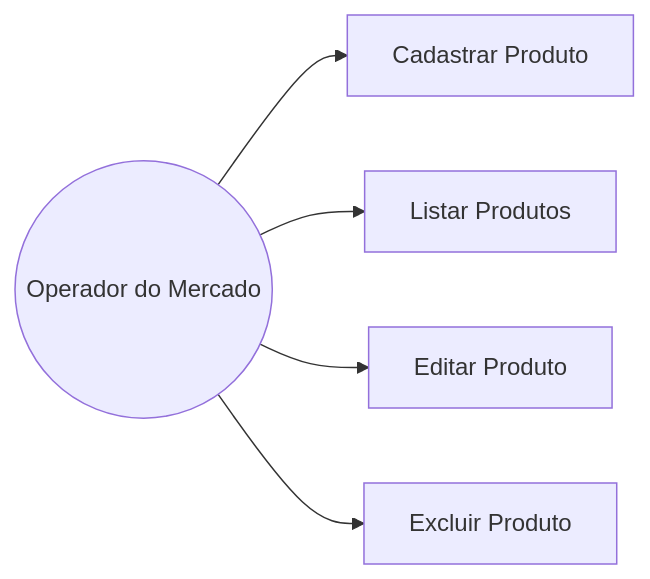
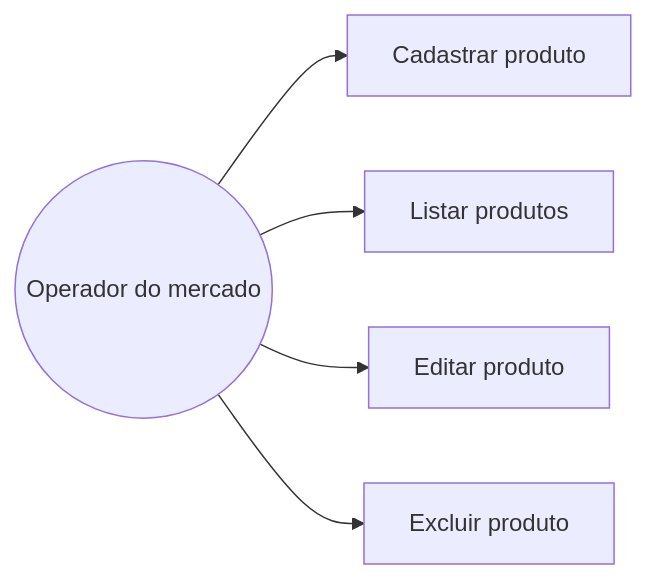
The diagram in casos_de_uso.md (arthurrgomess/crud_gestao_estoque_mercado), drawn with Mermaid before and after one commit. The commit also changed other lines of this file and 8 other files, not shown here.

````diff
--- a/casos_de_uso.md
+++ b/casos_de_uso.md
@@ -17,14 +16,12 @@
 ```mermaid
-graph LR
-    Ator((Operador do Mercado))
-
-    UC1[Cadastrar Produto]
-    UC2[Listar Produtos]
-    UC3[Editar Produto]
-    UC4[Excluir Produto]
-
-    Ator --> UC1
-    Ator --> UC2
-    Ator --> UC3
-    Ator --> UC4
+flowchart LR
+    operador((Operador do mercado))
+    cadastro[Cadastrar produto]
+    lista[Listar produtos]
+    edicao[Editar produto]
+    exclusao[Excluir produto]
+    operador --> cadastro
+    operador --> lista
+    operador --> edicao
+    operador --> exclusao
 ```
````
